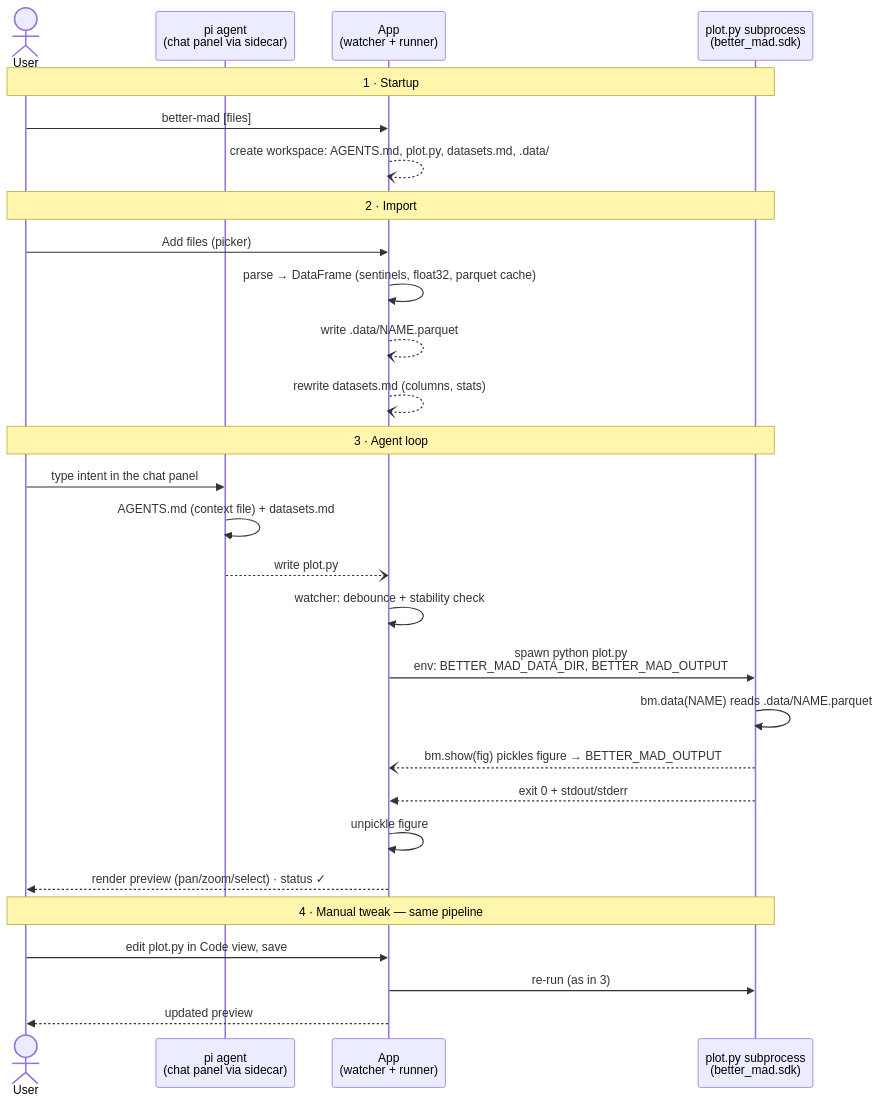
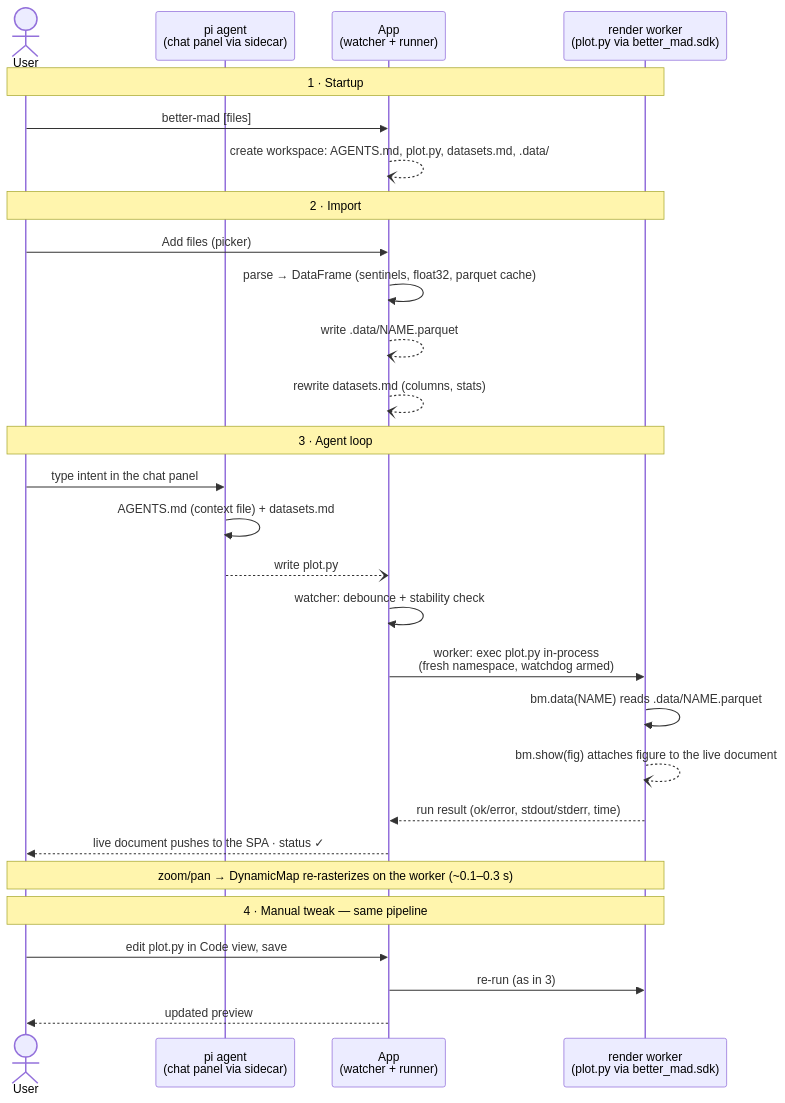
The diagram in design.md (kenseitrg/better-mad), drawn with Mermaid before and after one commit. The commit also changed other lines of this file and 4 other files, not shown here.

First line of the commit message:
docs: drop Panel — React SPA + FastAPI hub + live bokeh-server render worker

````diff
--- a/design.md
+++ b/design.md
@@ -98,34 +100,34 @@
 ```mermaid
 sequenceDiagram
     actor U as User
     participant H as pi agent<br/>(chat panel via sidecar)
     participant A as App<br/>(watcher + runner)
-    participant S as plot.py subprocess<br/>(better_mad.sdk)
+    participant S as render worker<br/>(plot.py via better_mad.sdk)
 
     Note over U,S: 1 · Startup
     U ->> A: better-mad [files]
     A --) A: create workspace: AGENTS.md, plot.py, datasets.md, .data/
 
     Note over U,S: 2 · Import
     U ->> A: Add files (picker)
     A ->> A: parse → DataFrame (sentinels, float32, parquet cache)
     A --) A: write .data/NAME.parquet
     A --) A: rewrite datasets.md (columns, stats)
 
     Note over U,S: 3 · Agent loop
     U ->> H: type intent in the chat panel
     H ->> H: AGENTS.md (context file) + datasets.md
     H --) A: write plot.py
     A ->> A: watcher: debounce + stability check
-    A ->> S: spawn python plot.py<br/>env: BETTER_MAD_DATA_DIR, BETTER_MAD_OUTPUT
+    A ->> S: worker: exec plot.py in-process<br/>(fresh namespace, watchdog armed)
     S ->> S: bm.data(NAME) reads .data/NAME.parquet
-    S --) A: bm.show(fig) pickles figure → BETTER_MAD_OUTPUT
-    S -->> A: exit 0 + stdout/stderr
-    A ->> A: unpickle figure
-    A -->> U: render preview (pan/zoom/select) · status ✓
+    S --) S: bm.show(fig) attaches figure to the live document
+    S -->> A: run result (ok/error, stdout/stderr, time)
+    A -->> U: live document pushes to the SPA · status ✓
+    Note over U,S: zoom/pan → DynamicMap re-rasterizes on the worker (~0.1–0.3 s)
 
     Note over U,S: 4 · Manual tweak — same pipeline
     U ->> A: edit plot.py in Code view, save
     A ->> S: re-run (as in 3)
     A -->> U: updated preview
 ```
````
